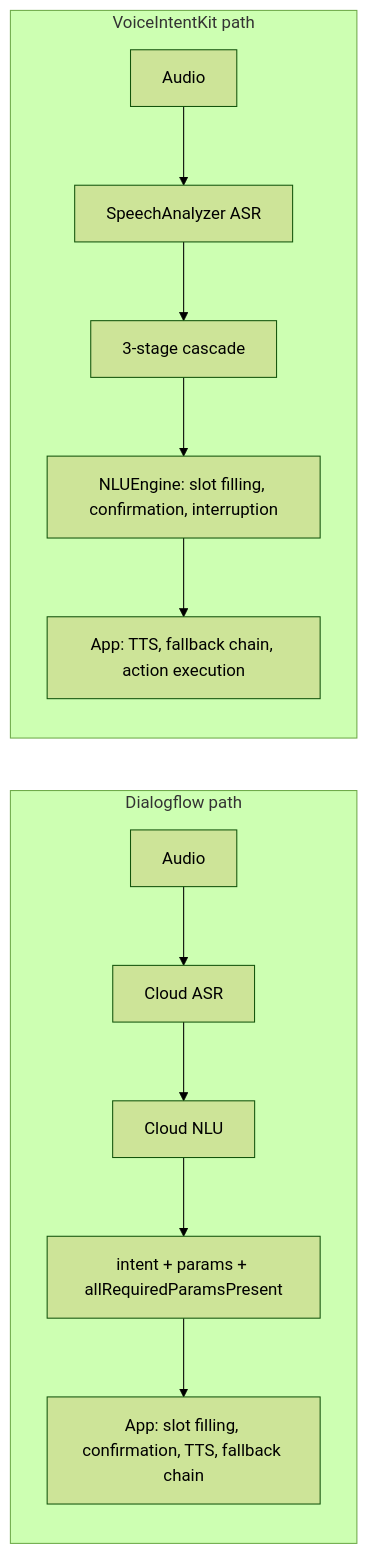
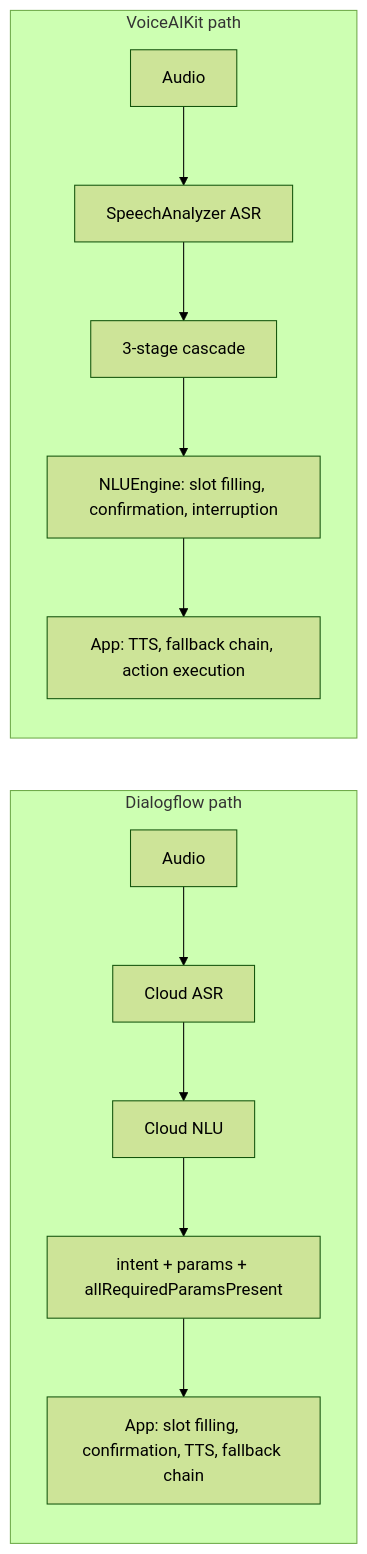
One commit to akashrwt5/STT changed the diagram in docs/pva-integration/ADR-0001-voice-understanding-provider-abstraction.md. Above: the diagram before and after it, drawn with Mermaid (forest theme). The commit also changed other lines of this file and 271 other files, not shown here.

First line of the commit message:
refactor!: rename the package VoiceIntentKit -> VoiceAIKit

````diff
--- a/docs/pva-integration/ADR-0001-voice-understanding-provider-abstraction.md
+++ b/docs/pva-integration/ADR-0001-voice-understanding-provider-abstraction.md
@@ -42,13 +42,13 @@
 ```mermaid
 flowchart LR
   subgraph DF["Dialogflow path"]
     direction TB
     A1["Audio"] --> B1["Cloud ASR"] --> C1["Cloud NLU"] --> D1["intent + params + allRequiredParamsPresent"]
     D1 --> E1["App: slot filling, confirmation, TTS, fallback chain"]
   end
-  subgraph VIK["VoiceIntentKit path"]
+  subgraph VIK["VoiceAIKit path"]
     direction TB
     A2["Audio"] --> B2["SpeechAnalyzer ASR"] --> C2["3-stage cascade"] --> D2["NLUEngine: slot filling, confirmation, interruption"]
     D2 --> E2["App: TTS, fallback chain, action execution"]
   end
 ```
````
